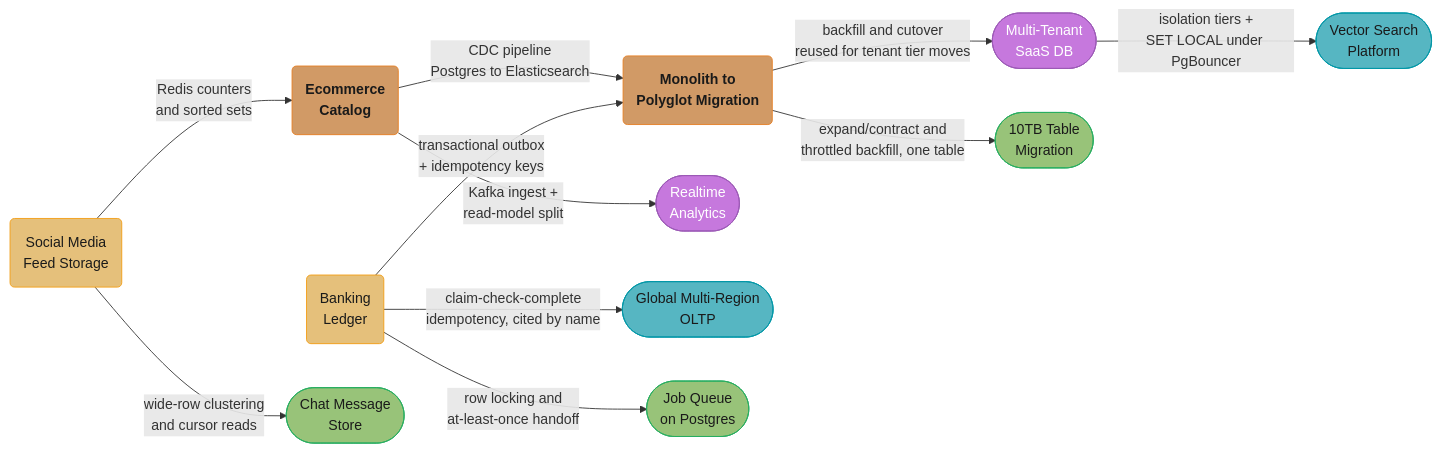
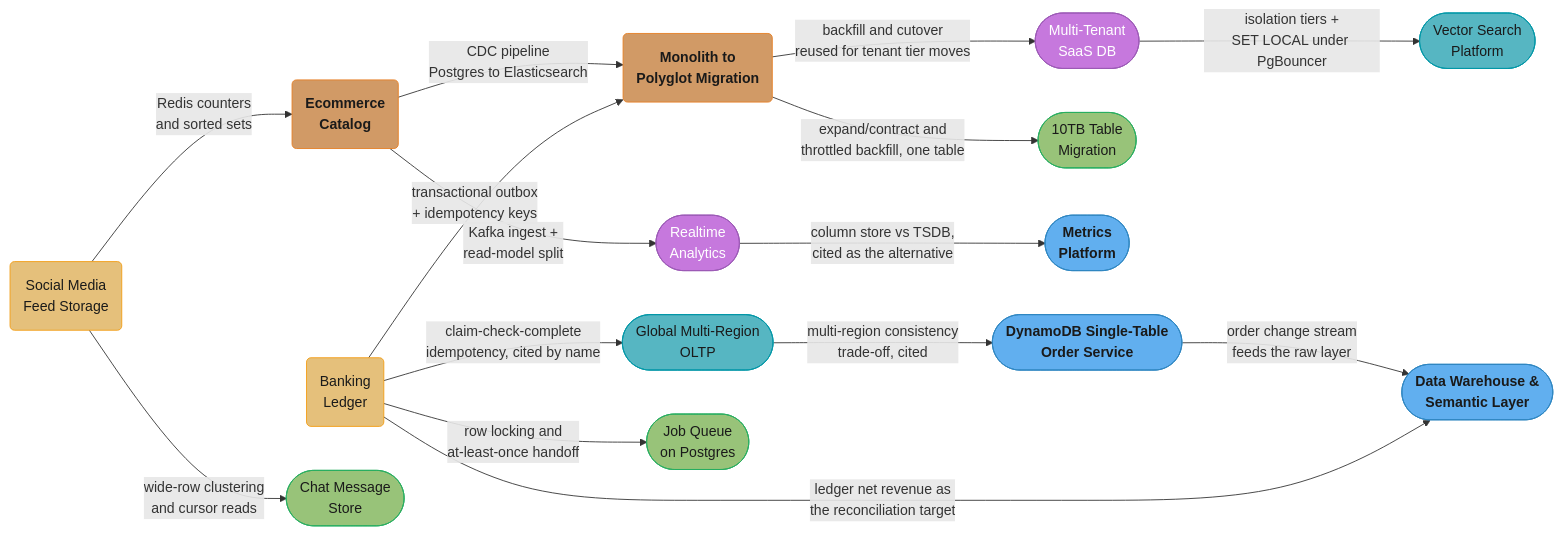
The diagram in src/main/java/com/rutik/systemdesign/database/case_studies/case_studies.md (rppol/system-design), drawn with Mermaid before and after one commit. The commit also changed other lines of this file and 39 other files, not shown here.

````diff
--- a/src/main/java/com/rutik/systemdesign/database/case_studies/case_studies.md
+++ b/src/main/java/com/rutik/systemdesign/database/case_studies/case_studies.md
@@ -118,33 +140,40 @@
 ```mermaid
 flowchart LR
     classDef io      fill:#61afef,stroke:#2e86c1,color:#1a1a1a,font-weight:bold
     classDef frozen  fill:#c678dd,stroke:#9b59b6,color:#fff
     classDef train   fill:#98c379,stroke:#27ae60,color:#1a1a1a
     classDef mathOp  fill:#d19a66,stroke:#e67e22,color:#1a1a1a,font-weight:bold
     classDef lossN   fill:#e06c75,stroke:#c0392b,color:#fff,font-weight:bold
     classDef req     fill:#56b6c2,stroke:#0097a7,color:#1a1a1a
     classDef base    fill:#e5c07b,stroke:#f39c12,color:#1a1a1a
 
     %% every edge below is checked against both files' actual content
     BL("Banking<br/>Ledger") -->|"transactional outbox<br/>+ idempotency keys"| MPM("Monolith to<br/>Polyglot Migration")
     SMFS("Social Media<br/>Feed Storage") -->|"Redis counters<br/>and sorted sets"| ECOM("Ecommerce<br/>Catalog")
     ECOM -->|"CDC pipeline<br/>Postgres to Elasticsearch"| MPM
     ECOM -->|"Kafka ingest +<br/>read-model split"| RTAP(["Realtime<br/>Analytics"])
     MPM -->|"backfill and cutover<br/>reused for tenant tier moves"| MSDB(["Multi-Tenant<br/>SaaS DB"])
 
     %% the two newest are real citations, not concept-prerequisites
     BL -->|"claim-check-complete<br/>idempotency, cited by name"| GMRO(["Global Multi-Region<br/>OLTP"])
     MSDB -->|"isolation tiers +<br/>SET LOCAL under PgBouncer"| VSP(["Vector Search<br/>Platform"])
 
     %% concept prerequisites for the three newest
     MPM -->|"expand/contract and<br/>throttled backfill, one table"| TTM(["10TB Table<br/>Migration"])
     SMFS -->|"wide-row clustering<br/>and cursor reads"| CMS(["Chat Message<br/>Store"])
     BL -->|"row locking and<br/>at-least-once handoff"| JQ(["Job Queue<br/>on Postgres"])
 
+    %% 2026-11-25 additions: real citations, each checked in the citing file
+    RTAP -->|"column store vs TSDB,<br/>cited as the alternative"| MET(["Metrics<br/>Platform"])
+    BL -->|"ledger net revenue as<br/>the reconciliation target"| DWS(["Data Warehouse &amp;<br/>Semantic Layer"])
+    DDB(["DynamoDB Single-Table<br/>Order Service"]) -->|"order change stream<br/>feeds the raw layer"| DWS
+    GMRO -->|"multi-region consistency<br/>trade-off, cited"| DDB
+
     %% semantic coloring
     class BL,SMFS base
     class ECOM,MPM mathOp
     class MSDB,RTAP frozen
     class GMRO,VSP req
     class TTM,CMS,JQ train
+    class MET,DWS,DDB io
 ```
````
